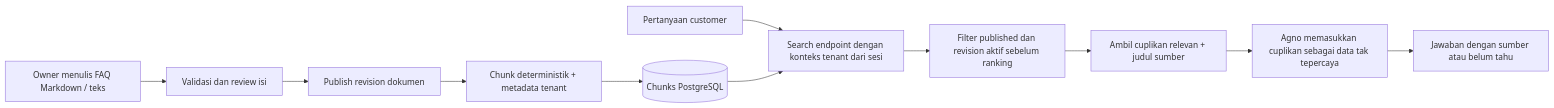
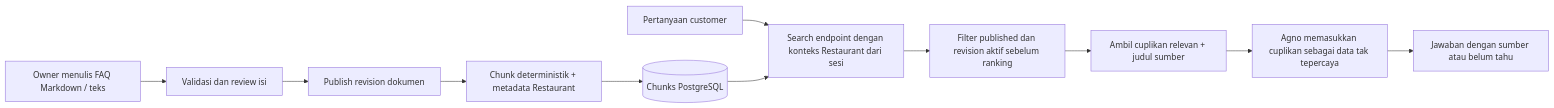
One commit to wisnufadhillah/Restaurant-Mulit-Tenant changed the seventh of 9 diagrams in PRD — Restaurant Assistant MVP.md. Above: the diagram before and after it, drawn with Mermaid. The commit also changed other lines of this file and 2 other files, not shown here.

Commit message:
docs: align restaurant domain and chatbot flow

````diff
--- a/PRD — Restaurant Assistant MVP.md
+++ b/PRD — Restaurant Assistant MVP.md
@@ -541,13 +528,13 @@
 ```mermaid
 flowchart LR
     O[Owner menulis FAQ Markdown / teks] --> V[Validasi dan review isi]
     V --> P[Publish revision dokumen]
-    P --> C[Chunk deterministik + metadata tenant]
+    P --> C[Chunk deterministik + metadata Restaurant]
     C --> K[(Chunks PostgreSQL)]
-    Q[Pertanyaan customer] --> S[Search endpoint dengan konteks tenant dari sesi]
+    Q[Pertanyaan customer] --> S[Search endpoint dengan konteks Restaurant dari sesi]
     K --> S
     S --> F[Filter published dan revision aktif sebelum ranking]
     F --> R[Ambil cuplikan relevan + judul sumber]
     R --> A[Agno memasukkan cuplikan sebagai data tak tepercaya]
     A --> J[Jawaban dengan sumber atau belum tahu]
 ```
````
